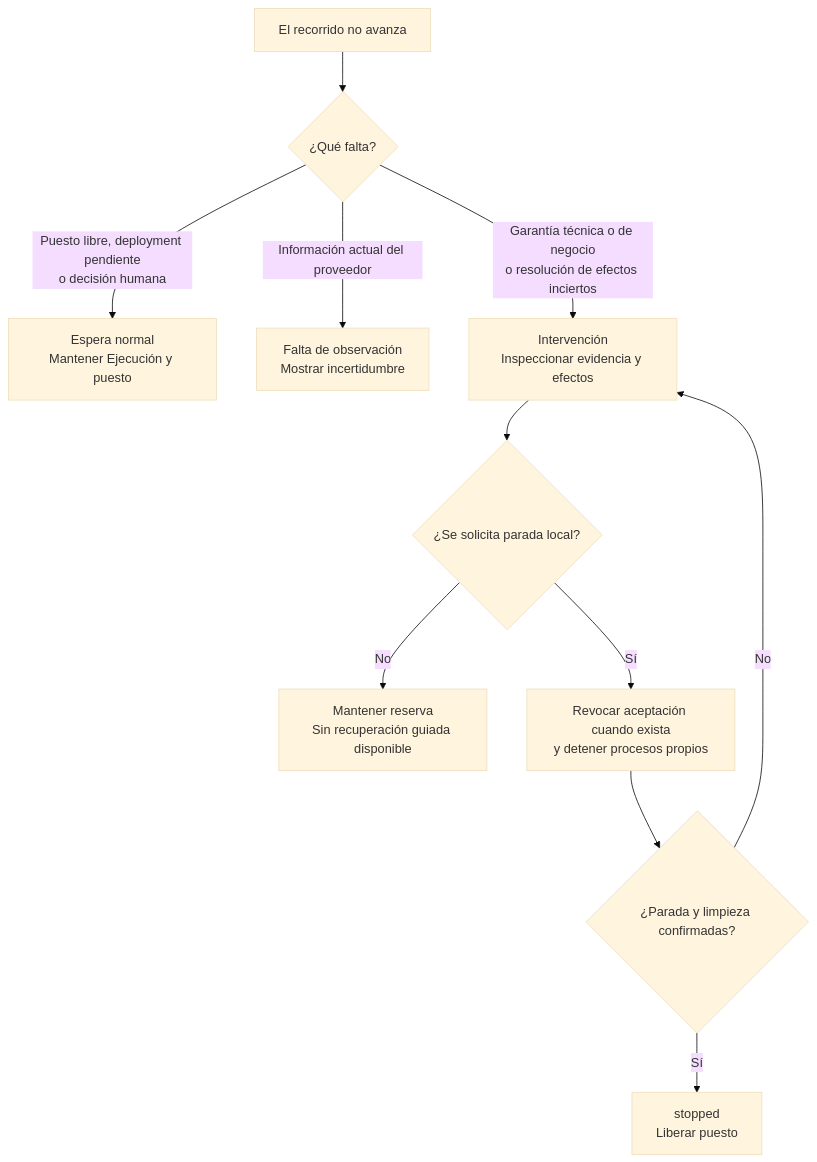
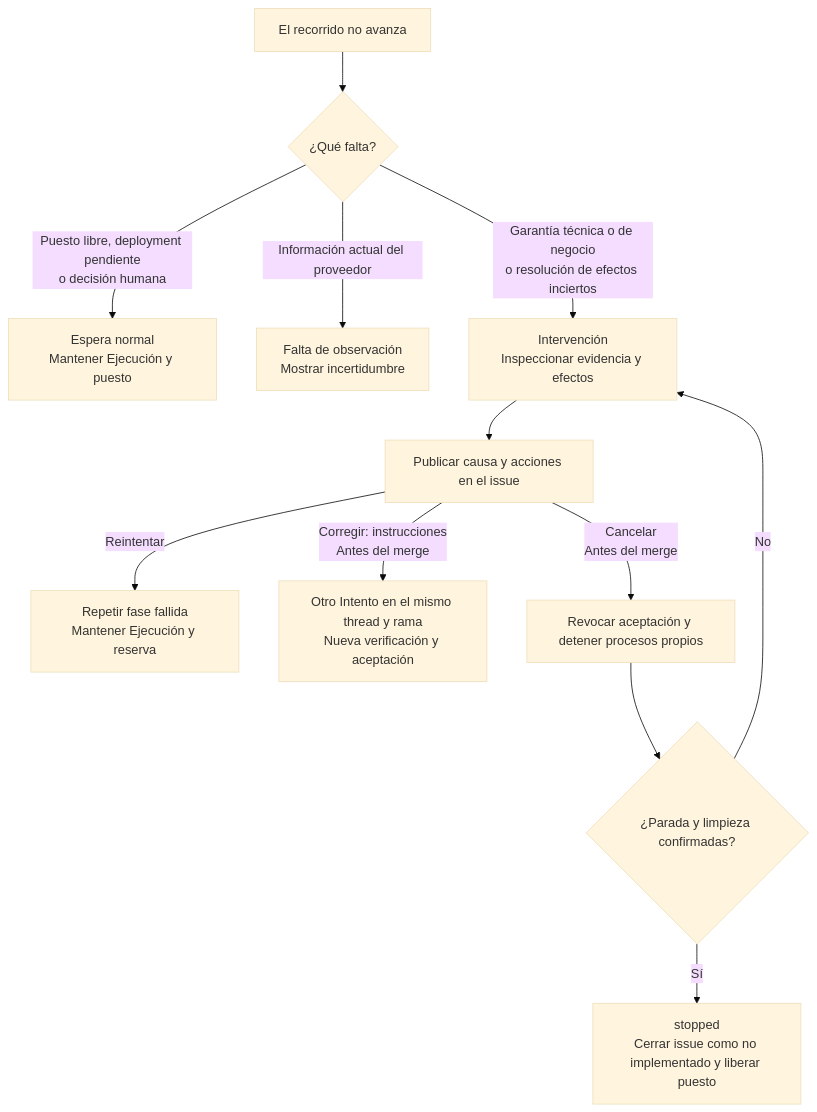
Before and after one commit to rubenbp/app-foundry: the first of 2 diagrams in docs/manual/05-variantes-e-intervencion.md, drawn with Mermaid (base theme). The commit also changed other lines of this file and 24 other files, not shown here.

````diff
--- a/docs/manual/05-variantes-e-intervencion.md
+++ b/docs/manual/05-variantes-e-intervencion.md
@@ -7,13 +7,14 @@
 ```mermaid
 flowchart TD
     S["El recorrido no avanza"] --> D{"¿Qué falta?"}
     D -->|"Puesto libre, deployment pendiente<br/>o decisión humana"| E["Espera normal<br/>Mantener Ejecución y puesto"]
     D -->|"Información actual del proveedor"| O["Falta de observación<br/>Mostrar incertidumbre"]
     D -->|"Garantía técnica o de negocio<br/>o resolución de efectos inciertos"| I["Intervención<br/>Inspeccionar evidencia y efectos"]
-    I --> P{"¿Se solicita parada local?"}
-    P -->|"No"| R["Mantener reserva<br/>Sin recuperación guiada disponible"]
-    P -->|"Sí"| C["Revocar aceptación cuando exista<br/>y detener procesos propios"]
+    I --> N["Publicar causa y acciones en el issue"]
+    N -->|"Reintentar"| R["Repetir fase fallida<br/>Mantener Ejecución y reserva"]
+    N -->|"Corregir: instrucciones<br/>Antes del merge"| A["Otro Intento en el mismo thread y rama<br/>Nueva verificación y aceptación"]
+    N -->|"Cancelar<br/>Antes del merge"| C["Revocar aceptación y detener procesos propios"]
     C --> V{"¿Parada y limpieza confirmadas?"}
-    V -->|"Sí"| F["stopped<br/>Liberar puesto"]
+    V -->|"Sí"| F["stopped<br/>Cerrar issue como no implementado y liberar puesto"]
     V -->|"No"| I
 ```
````
